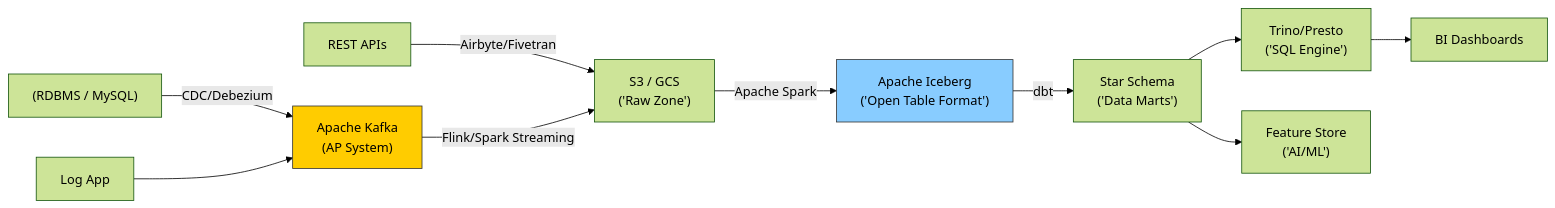
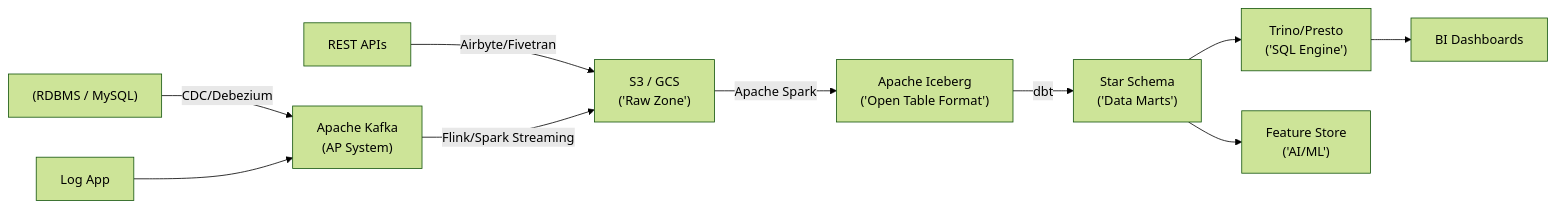
Before and after one commit to kythuatdulieu/kythuatdulieu.github.io: the diagram in src/content/docs/concepts/1-distributed-systems-architecture/data-engineering.md, drawn with Mermaid (forest theme). The commit also changed 682 other files, not shown here.

````diff
--- a/src/content/docs/concepts/1-distributed-systems-architecture/data-engineering.md
+++ b/src/content/docs/concepts/1-distributed-systems-architecture/data-engineering.md
@@ -39,22 +39,21 @@
 ```mermaid
 graph LR
     %% Nguồn dữ liệu
     DB["(RDBMS / MySQL)"] -->|CDC/Debezium| Kafka["Apache Kafka\n(AP System)"]
     API["REST APIs"] -->|Airbyte/Fivetran| S3_Raw["S3 / GCS\n('Raw Zone')"]
     App["Log App"] --> Kafka
     
     Kafka -->|Flink/Spark Streaming| S3_Raw
     
     %% Storage & Compute
     S3_Raw -->|Apache Spark| Iceberg["Apache Iceberg\n('Open Table Format')"]
     Iceberg -->|dbt| StarSchema["Star Schema\n('Data Marts')"]
     
     %% Serving
     StarSchema --> Trino["Trino/Presto\n('SQL Engine')"]
     StarSchema --> FeatureStore["Feature Store\n('AI/ML')"]
     
     Trino --> BI["BI Dashboards"]
-    
-    style Kafka fill:#ffcc00,stroke:#333
-    style Iceberg fill:#88ccff,stroke:#333
+
+
 ```
````
